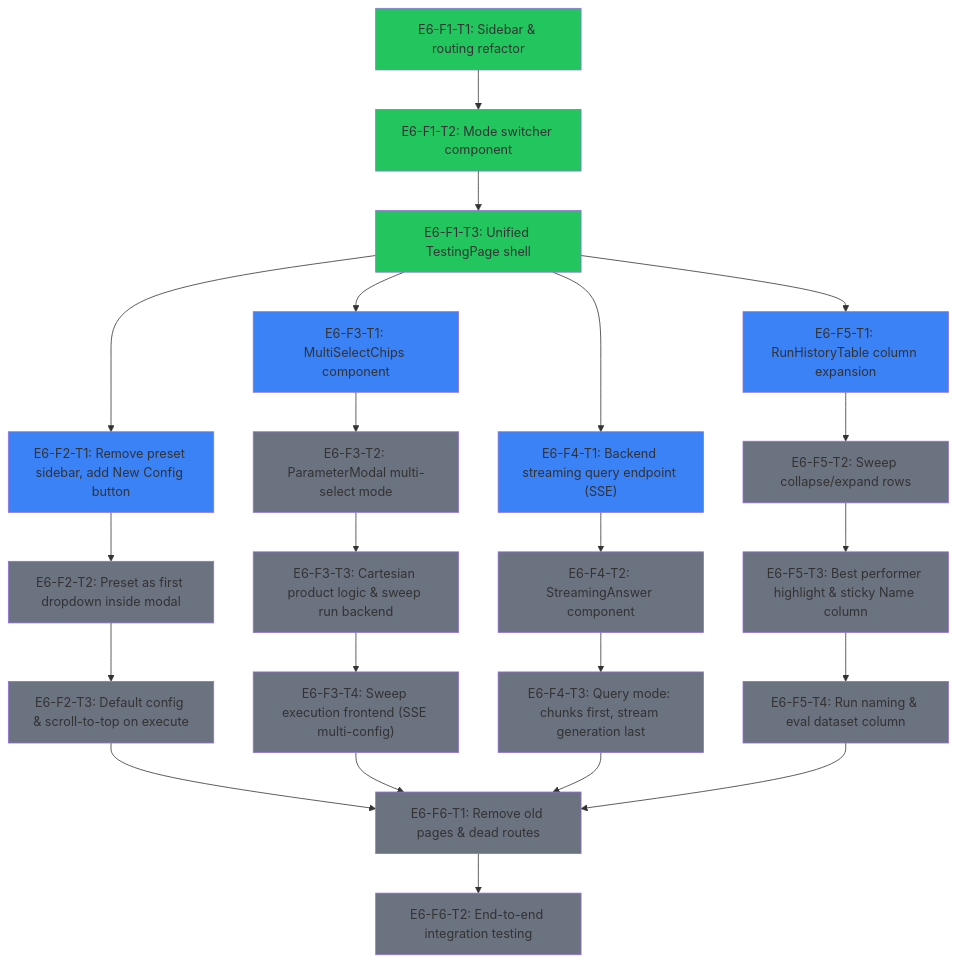
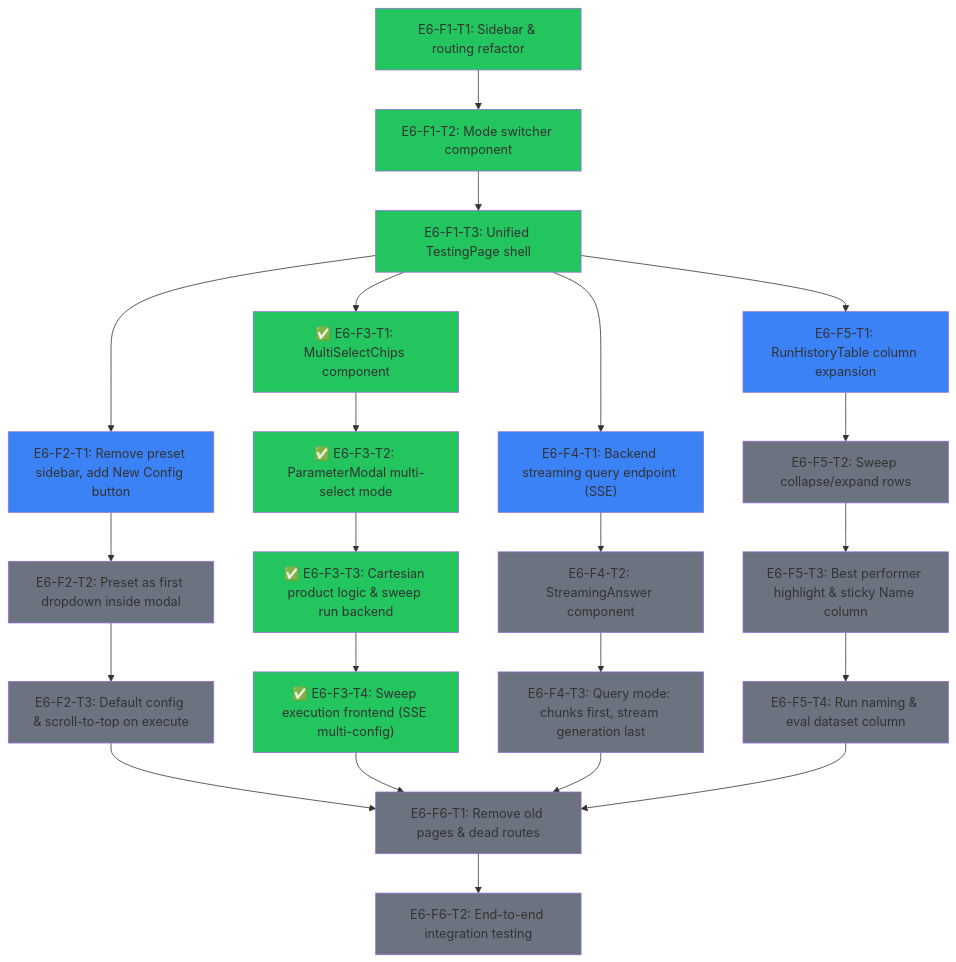
The diagram in roadmap_unification.md (Vutiot/EvenementsRAG), drawn with Mermaid before and after one commit. The commit also changed other lines of this file and 10 other files, not shown here.

First line of the commit message:
feat: implement sweep mode with multi-select params and cartesian product execution (E6-F3)

````diff
--- a/roadmap_unification.md
+++ b/roadmap_unification.md
@@ -15,74 +15,74 @@
 ```mermaid
 graph TD
   E6F1T1["E6-F1-T1: Sidebar & routing refactor"]
   E6F1T2["E6-F1-T2: Mode switcher component"]
   E6F1T3["E6-F1-T3: Unified TestingPage shell"]
 
   E6F2T1["E6-F2-T1: Remove preset sidebar, add New Config button"]
   E6F2T2["E6-F2-T2: Preset as first dropdown inside modal"]
   E6F2T3["E6-F2-T3: Default config & scroll-to-top on execute"]
 
-  E6F3T1["E6-F3-T1: MultiSelectChips component"]
-  E6F3T2["E6-F3-T2: ParameterModal multi-select mode"]
-  E6F3T3["E6-F3-T3: Cartesian product logic & sweep run backend"]
-  E6F3T4["E6-F3-T4: Sweep execution frontend (SSE multi-config)"]
+  E6F3T1["✅ E6-F3-T1: MultiSelectChips component"]
+  E6F3T2["✅ E6-F3-T2: ParameterModal multi-select mode"]
+  E6F3T3["✅ E6-F3-T3: Cartesian product logic & sweep run backend"]
+  E6F3T4["✅ E6-F3-T4: Sweep execution frontend (SSE multi-config)"]
 
   E6F4T1["E6-F4-T1: Backend streaming query endpoint (SSE)"]
   E6F4T2["E6-F4-T2: StreamingAnswer component"]
   E6F4T3["E6-F4-T3: Query mode: chunks first, stream generation last"]
 
   E6F5T1["E6-F5-T1: RunHistoryTable column expansion"]
   E6F5T2["E6-F5-T2: Sweep collapse/expand rows"]
   E6F5T3["E6-F5-T3: Best performer highlight & sticky Name column"]
   E6F5T4["E6-F5-T4: Run naming & eval dataset column"]
 
   E6F6T1["E6-F6-T1: Remove old pages & dead routes"]
   E6F6T2["E6-F6-T2: End-to-end integration testing"]
 
   E6F1T1 --> E6F1T2
   E6F1T2 --> E6F1T3
 
   E6F1T3 --> E6F2T1
   E6F2T1 --> E6F2T2
   E6F2T2 --> E6F2T3
 
   E6F1T3 --> E6F3T1
   E6F3T1 --> E6F3T2
   E6F3T2 --> E6F3T3
   E6F3T3 --> E6F3T4
 
   E6F1T3 --> E6F4T1
   E6F4T1 --> E6F4T2
   E6F4T2 --> E6F4T3
 
   E6F1T3 --> E6F5T1
   E6F5T1 --> E6F5T2
   E6F5T2 --> E6F5T3
   E6F5T3 --> E6F5T4
 
   E6F2T3 --> E6F6T1
   E6F3T4 --> E6F6T1
   E6F4T3 --> E6F6T1
   E6F5T4 --> E6F6T1
   E6F6T1 --> E6F6T2
 
   style E6F1T1 fill:#22c55e
   style E6F1T2 fill:#22c55e
   style E6F1T3 fill:#22c55e
   style E6F2T1 fill:#3b82f6
   style E6F2T2 fill:#6b7280
   style E6F2T3 fill:#6b7280
-  style E6F3T1 fill:#3b82f6
-  style E6F3T2 fill:#6b7280
-  style E6F3T3 fill:#6b7280
-  style E6F3T4 fill:#6b7280
+  style E6F3T1 fill:#22c55e
+  style E6F3T2 fill:#22c55e
+  style E6F3T3 fill:#22c55e
+  style E6F3T4 fill:#22c55e
   style E6F4T1 fill:#3b82f6
   style E6F4T2 fill:#6b7280
   style E6F4T3 fill:#6b7280
   style E6F5T1 fill:#3b82f6
   style E6F5T2 fill:#6b7280
   style E6F5T3 fill:#6b7280
   style E6F5T4 fill:#6b7280
   style E6F6T1 fill:#6b7280
   style E6F6T2 fill:#6b7280
 ```
````
